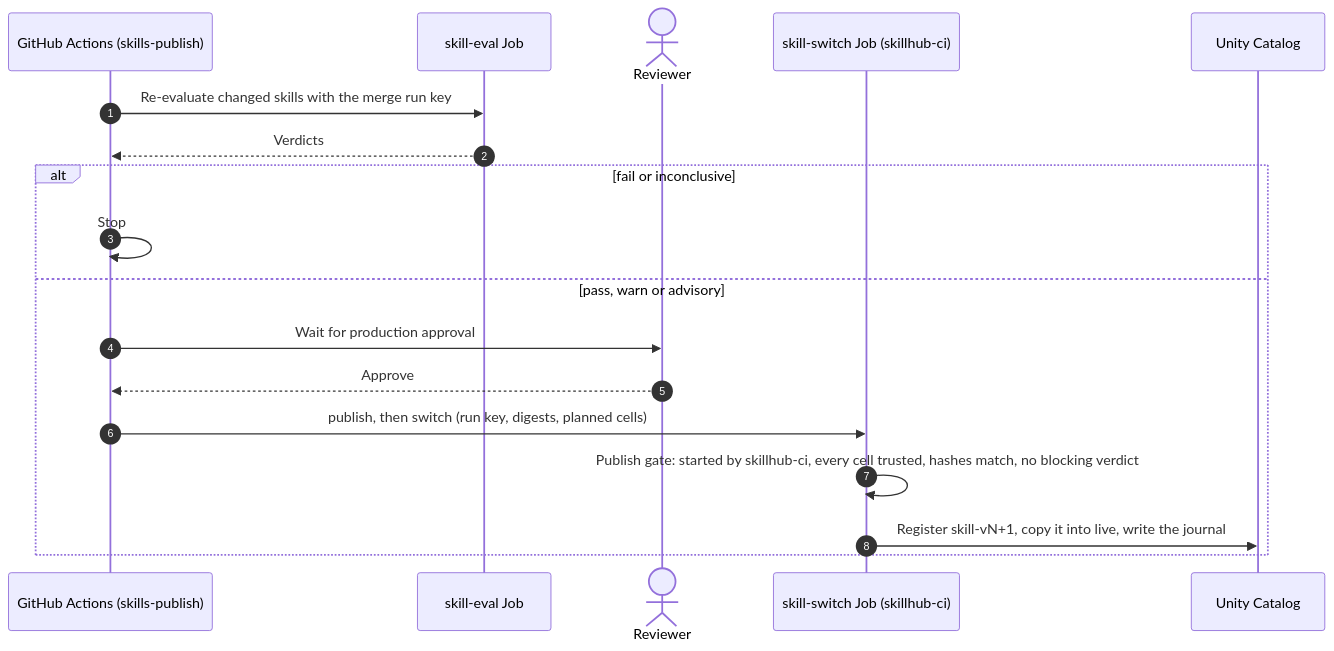
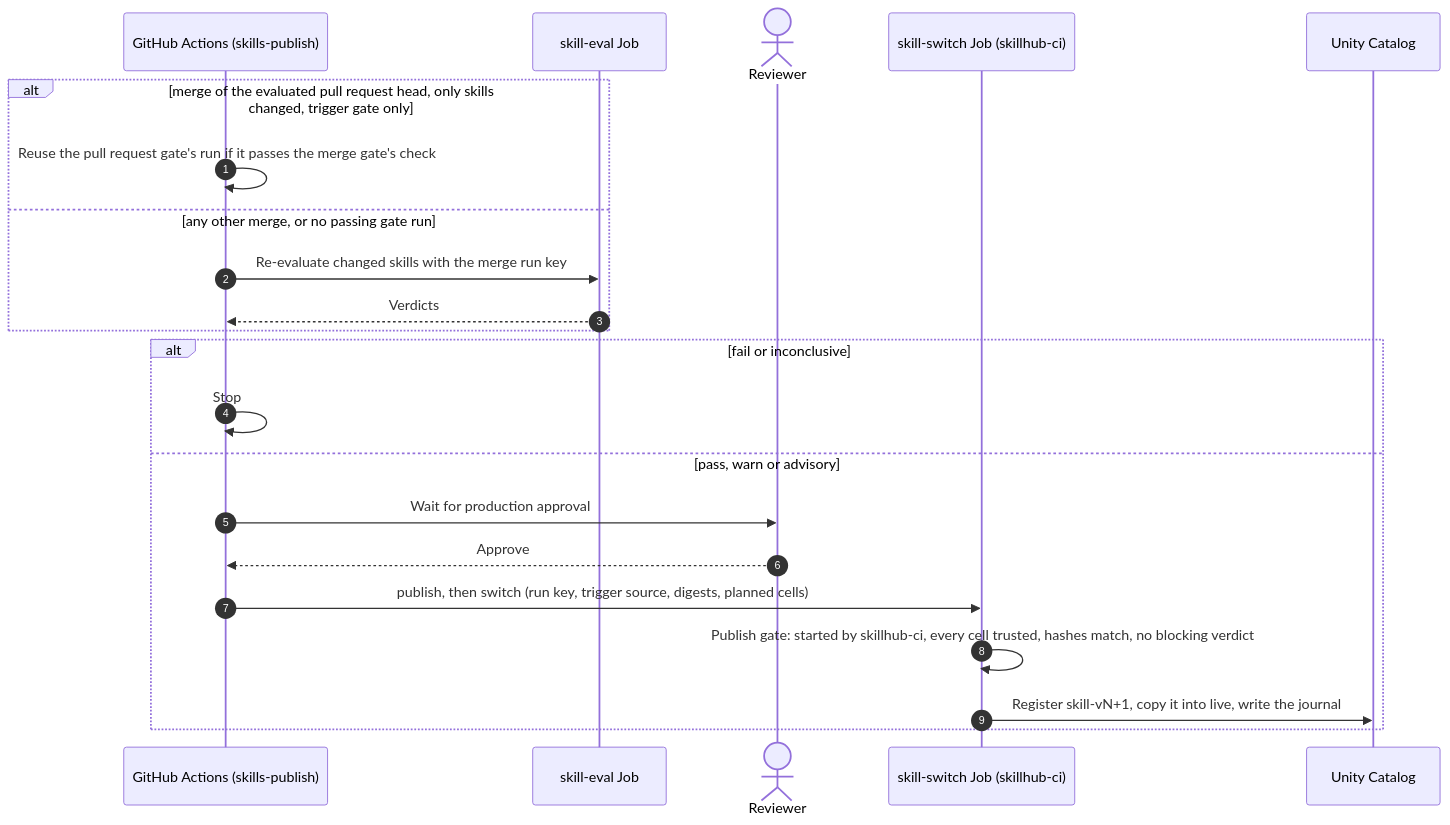
The second of 3 diagrams in docs/architecture.md (manganganath/agent-skill-eval-on-databricks), drawn with Mermaid before and after one commit. The commit also changed other lines of this file and 17 other files, not shown here.

````diff
--- a/docs/architecture.md
+++ b/docs/architecture.md
@@ -56,20 +65,24 @@
 ```mermaid
 sequenceDiagram
   autonumber
   participant GH as GitHub Actions (skills-publish)
   participant J as skill-eval Job
   actor R as Reviewer
   participant S as skill-switch Job (skillhub-ci)
   participant UC as Unity Catalog
-  GH->>J: Re-evaluate changed skills with the merge run key
-  J-->>GH: Verdicts
+  alt merge of the evaluated pull request head, only skills changed, trigger gate only
+    GH->>GH: Reuse the pull request gate's run if it passes the merge gate's check
+  else any other merge, or no passing gate run
+    GH->>J: Re-evaluate changed skills with the merge run key
+    J-->>GH: Verdicts
+  end
   alt fail or inconclusive
     GH->>GH: Stop
   else pass, warn or advisory
     GH->>R: Wait for production approval
     R-->>GH: Approve
-    GH->>S: publish, then switch (run key, digests, planned cells)
+    GH->>S: publish, then switch (run key, trigger source, digests, planned cells)
     S->>S: Publish gate: started by skillhub-ci, every cell trusted, hashes match, no blocking verdict
     S->>UC: Register skill-vN+1, copy it into live, write the journal
   end
 ```
````
